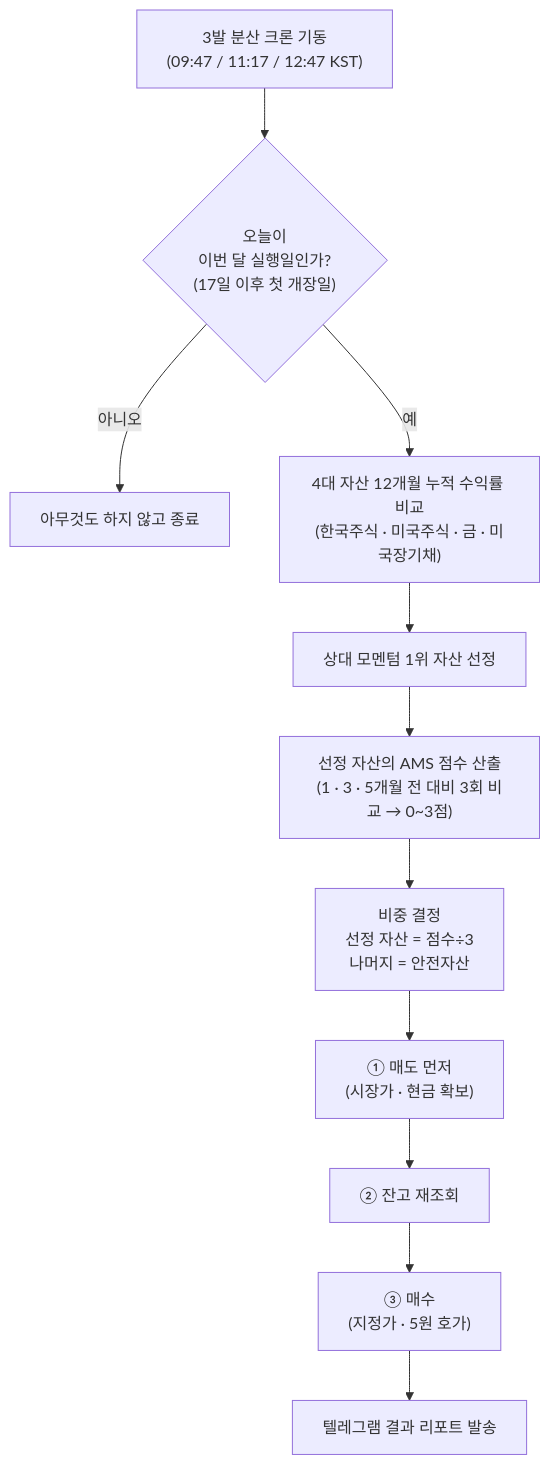
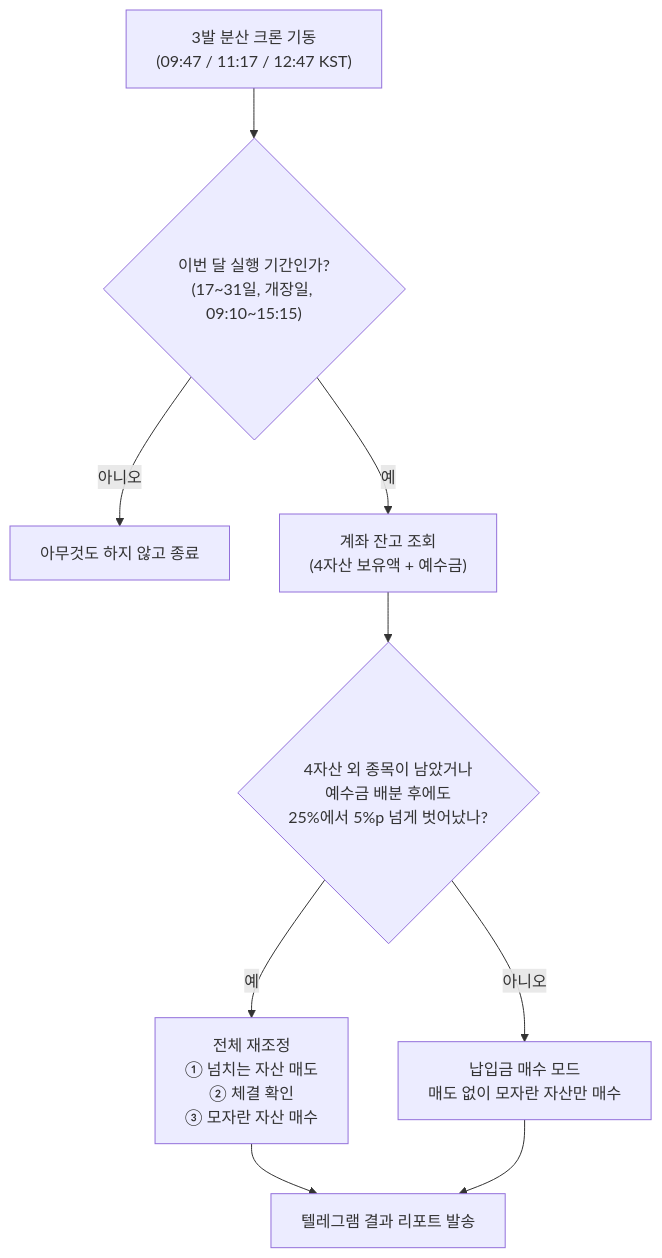
Before and after one commit to hyh54311-dev/jinhae-admission-system: the first of 2 diagrams in retirement_savings_dual_momentum_guide.md, drawn with Mermaid. The commit also changed other lines of this file, not shown here.

````diff
--- a/retirement_savings_dual_momentum_guide.md
+++ b/retirement_savings_dual_momentum_guide.md
@@ -1061,13 +1061,11 @@
 ```mermaid
 flowchart TD
-  A["3발 분산 크론 기동<br/>(09:47 / 11:17 / 12:47 KST)"] --> B{"오늘이<br/>이번 달 실행일인가?<br/>(17일 이후 첫 개장일)"}
+  A["3발 분산 크론 기동<br/>(09:47 / 11:17 / 12:47 KST)"] --> B{"이번 달 실행 기간인가?<br/>(17~31일, 개장일, 09:10~15:15)"}
   B -->|아니오| Z["아무것도 하지 않고 종료"]
-  B -->|예| C["4대 자산 12개월 누적 수익률 비교<br/>(한국주식 · 미국주식 · 금 · 미국장기채)"]
-  C --> D["상대 모멘텀 1위 자산 선정"]
-  D --> E["선정 자산의 AMS 점수 산출<br/>(1 · 3 · 5개월 전 대비 3회 비교 → 0~3점)"]
-  E --> F["비중 결정<br/>선정 자산 = 점수÷3<br/>나머지 = 안전자산"]
-  F --> G["① 매도 먼저<br/>(시장가 · 현금 확보)"]
-  G --> H["② 잔고 재조회"]
-  H --> I["③ 매수<br/>(지정가 · 5원 호가)"]
-  I --> J["텔레그램 결과 리포트 발송"]
+  B -->|예| C["계좌 잔고 조회<br/>(4자산 보유액 + 예수금)"]
+  C --> D{"4자산 외 종목이 남았거나<br/>예수금 배분 후에도<br/>25%에서 5%p 넘게 벗어났나?"}
+  D -->|예| E["전체 재조정<br/>① 넘치는 자산 매도<br/>② 체결 확인<br/>③ 모자란 자산 매수"]
+  D -->|아니오| F["납입금 매수 모드<br/>매도 없이 모자란 자산만 매수"]
+  E --> G["텔레그램 결과 리포트 발송"]
+  F --> G
 ```
````
